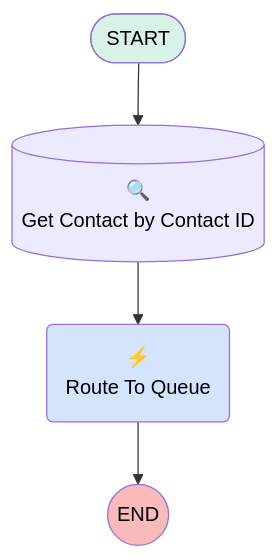
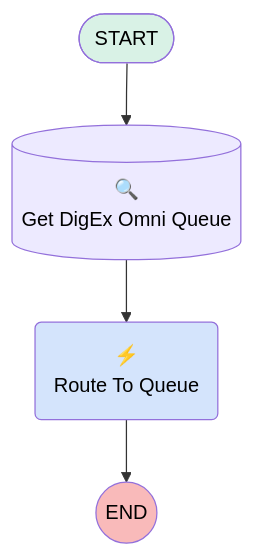
Before and after one commit to awesomeandrey/minlopro-dx: the diagram in assets/docs/hardis/flow2markdown/flows/Minlopro_MessagesRoutedToAgentsAndQueues.md, drawn with Mermaid. The commit also changed other lines of this file and 11 other files, not shown here.

````diff
--- a/assets/docs/hardis/flow2markdown/flows/Minlopro_MessagesRoutedToAgentsAndQueues.md
+++ b/assets/docs/hardis/flow2markdown/flows/Minlopro_MessagesRoutedToAgentsAndQueues.md
@@ -5,40 +5,40 @@
 ```mermaid
 %% If you read this, your Markdown visualizer does not handle MermaidJS syntax.
 %% - If you are in VsCode, install extension `Markdown Preview Mermaid Support` at https://marketplace.visualstudio.com/items?itemName=bierner.markdown-mermaid
 %% - If you are using sfdx-hardis, try to define env variable `MERMAID_MODES=cli,docker` ,then run again the command to regenerate markdown with SVG images.
 %% - If you are within mkdocs-material, define mermaid plugin in `mkdocs.yml` as described in https://squidfunk.github.io/mkdocs-material/extensions/mermaid/
 %% - At last resort, you can copy-paste this MermaidJS code in https://mermaid.live/ to see the Flow Diagram
 
 flowchart TB
 START(["START"]):::startClass
 click START "#general-information" "3814342414"
 
 RouteToQueue("⚡ <em></em><br/>Route To Queue"):::actionCalls
-click RouteToQueue "#routetoqueue" "723890422"
+click RouteToQueue "#routetoqueue" "3322854737"
 
-GetContact[("🔍 <em></em><br/>Get Contact by Contact ID")]:::recordLookups
-click GetContact "#getcontact" "2972708455"
+GetDigExOmniQueue[("🔍 <em></em><br/>Get DigEx Omni Queue")]:::recordLookups
+click GetDigExOmniQueue "#getdigexomniqueue" "1353578166"
 
 RouteToQueue --> END_RouteToQueue
-GetContact --> RouteToQueue
-START -->  GetContact
+GetDigExOmniQueue --> RouteToQueue
+START -->  GetDigExOmniQueue
 END_RouteToQueue(( END )):::endClass
 
 
 classDef actionCalls fill:#D4E4FC,color:black,text-decoration:none,max-height:100px
 classDef assignments fill:#FBEED7,color:black,text-decoration:none,max-height:100px
 classDef collectionProcessors fill:#F0E3FA,color:black,text-decoration:none,max-height:100px
 classDef customErrors fill:#FFE9E9,color:black,text-decoration:none,max-height:100px
 classDef decisions fill:#FDEAF6,color:black,text-decoration:none,max-height:100px
 classDef loops fill:#FDEAF6,color:black,text-decoration:none,max-height:100px
 classDef recordCreates fill:#FFF8C9,color:black,text-decoration:none,max-height:100px
 classDef recordDeletes fill:#FFF8C9,color:black,text-decoration:none,max-height:100px
 classDef recordLookups fill:#EDEAFF,color:black,text-decoration:none,max-height:100px
 classDef recordUpdates fill:#FFF8C9,color:black,text-decoration:none,max-height:100px
 classDef screens fill:#DFF6FF,color:black,text-decoration:none,max-height:100px
 classDef subflows fill:#D4E4FC,color:black,text-decoration:none,max-height:100px
 classDef startClass fill:#D9F2E6,color:black,text-decoration:none,max-height:100px
 classDef endClass fill:#F9BABA,color:black,text-decoration:none,max-height:100px
 
 
 ```
````
